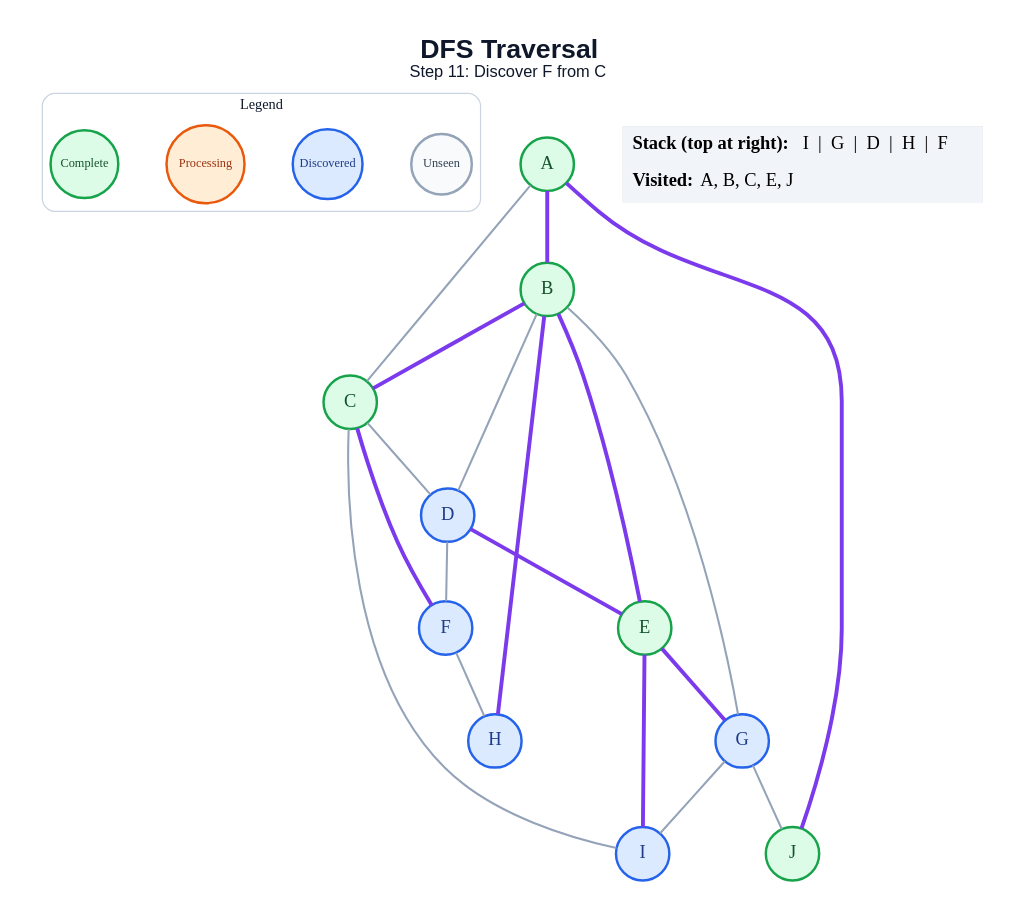
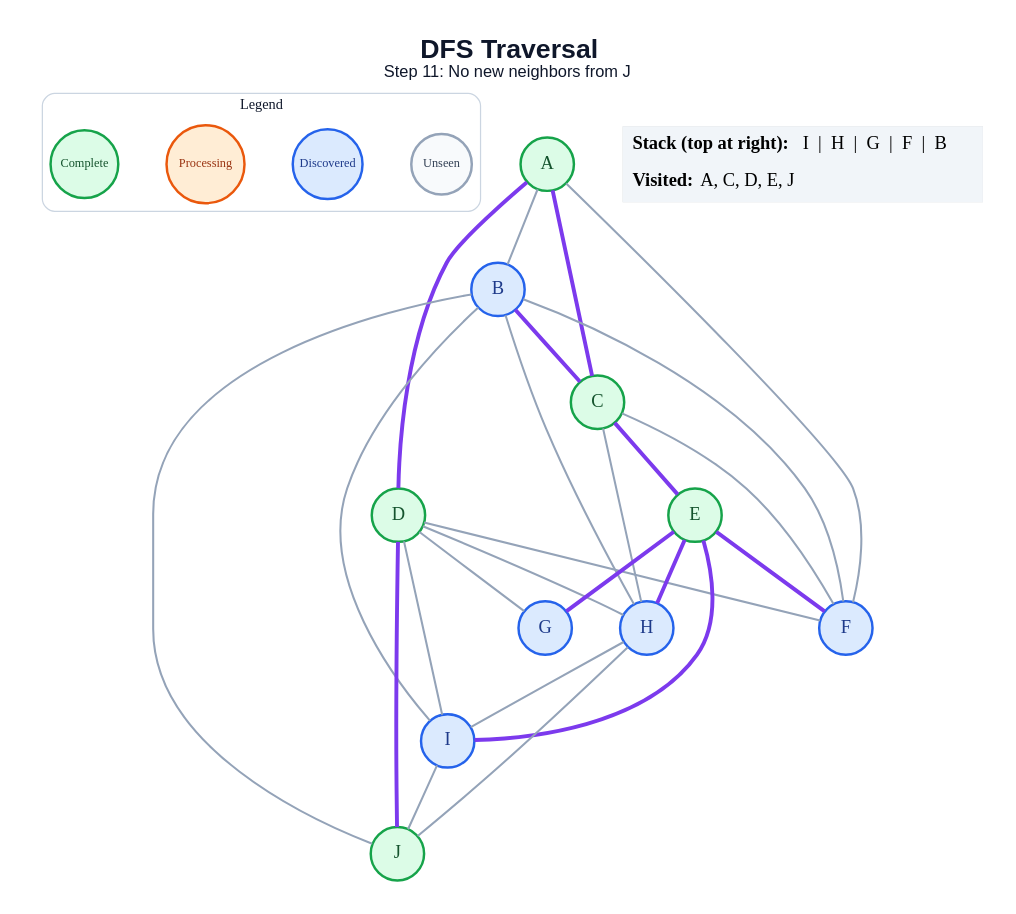
Before and after one commit to amanghodawala9/ai-slop: the diagram in generated/specific-node/dfs/step_11.dot, drawn with Graphviz. The commit also changed 178 other files, not shown here.

```diff
--- a/generated/specific-node/dfs/step_11.dot
+++ b/generated/specific-node/dfs/step_11.dot
@@ -1,47 +1,53 @@
 graph traversal {
   graph [layout=dot, rankdir=TB, bgcolor="#FFFFFF", pad="0.35", nodesep="0.65", ranksep="0.8", fontname="Arial"];
   node [shape=circle, style="filled", fontname="Arial Bold", fontsize=18, width=0.72, fixedsize=true, penwidth=2.4];
   edge [color="#94A3B8", penwidth=2.0];
-  label=<<B>DFS Traversal</B><BR/><FONT POINT-SIZE="16">Step 11: Discover F from C</FONT>>; labelloc="t"; fontsize=26; fontname="Arial"; fontcolor="#0F172A";
+  label=<<B>DFS Traversal</B><BR/><FONT POINT-SIZE="16">Step 11: No new neighbors from J</FONT>>; labelloc="t"; fontsize=26; fontname="Arial"; fontcolor="#0F172A";
   subgraph cluster_legend { label="Legend"; color="#CBD5E1"; penwidth=1.2; style="rounded"; fontsize=14; fontname="Arial Bold";
     key_unseen [label="Unseen", fillcolor="#F8FAFC", color="#94A3B8", fontcolor="#334155", fontsize=12, width=0.82];
     key_frontier [label="Discovered", fillcolor="#DBEAFE", color="#2563EB", fontcolor="#1E3A8A", fontsize=12, width=0.95];
     key_current [label="Processing", fillcolor="#FFEDD5", color="#EA580C", fontcolor="#9A3412", fontsize=12, width=1.05];
     key_done [label="Complete", fillcolor="#DCFCE7", color="#16A34A", fontcolor="#14532D", fontsize=12, width=0.92];
     { rank=same; key_unseen; key_frontier; key_current; key_done; }
   }
   A [fillcolor="#DCFCE7", color="#16A34A", fontcolor="#14532D"];
-  B [fillcolor="#DCFCE7", color="#16A34A", fontcolor="#14532D"];
+  B [fillcolor="#DBEAFE", color="#2563EB", fontcolor="#1E3A8A"];
   C [fillcolor="#DCFCE7", color="#16A34A", fontcolor="#14532D"];
-  D [fillcolor="#DBEAFE", color="#2563EB", fontcolor="#1E3A8A"];
+  D [fillcolor="#DCFCE7", color="#16A34A", fontcolor="#14532D"];
   E [fillcolor="#DCFCE7", color="#16A34A", fontcolor="#14532D"];
   F [fillcolor="#DBEAFE", color="#2563EB", fontcolor="#1E3A8A"];
   G [fillcolor="#DBEAFE", color="#2563EB", fontcolor="#1E3A8A"];
   H [fillcolor="#DBEAFE", color="#2563EB", fontcolor="#1E3A8A"];
   I [fillcolor="#DBEAFE", color="#2563EB", fontcolor="#1E3A8A"];
   J [fillcolor="#DCFCE7", color="#16A34A", fontcolor="#14532D"];
-  A -- B [color="#7C3AED", penwidth=3.8];
-  A -- C;
-  A -- J [color="#7C3AED", penwidth=3.8];
+  A -- B;
+  A -- C [color="#7C3AED", penwidth=3.8];
+  A -- D [color="#7C3AED", penwidth=3.8];
+  A -- F;
   B -- C [color="#7C3AED", penwidth=3.8];
-  B -- D;
-  B -- E [color="#7C3AED", penwidth=3.8];
-  B -- G;
-  B -- H [color="#7C3AED", penwidth=3.8];
-  C -- D;
-  C -- F [color="#7C3AED", penwidth=3.8];
-  C -- I;
-  D -- E [color="#7C3AED", penwidth=3.8];
+  B -- F;
+  B -- H;
+  B -- I;
+  B -- J;
+  C -- E [color="#7C3AED", penwidth=3.8];
+  C -- F;
+  C -- H;
   D -- F;
+  D -- G;
+  D -- H;
+  D -- I;
+  D -- J [color="#7C3AED", penwidth=3.8];
+  E -- F [color="#7C3AED", penwidth=3.8];
   E -- G [color="#7C3AED", penwidth=3.8];
+  E -- H [color="#7C3AED", penwidth=3.8];
   E -- I [color="#7C3AED", penwidth=3.8];
-  F -- H;
-  G -- I;
-  G -- J;
+  H -- I;
+  H -- J;
+  I -- J;
   status [shape=plain, fixedsize=false, width=0, height=0, margin=0, label=<
     <TABLE BORDER="0" CELLBORDER="0" CELLPADDING="7" BGCOLOR="#F1F5F9">
-      <TR><TD ALIGN="LEFT"><B>Stack (top at right):</B> I  |  G  |  D  |  H  |  F</TD></TR>
-      <TR><TD ALIGN="LEFT"><B>Visited:</B> A, B, C, E, J</TD></TR>
+      <TR><TD ALIGN="LEFT"><B>Stack (top at right):</B> I  |  H  |  G  |  F  |  B</TD></TR>
+      <TR><TD ALIGN="LEFT"><B>Visited:</B> A, C, D, E, J</TD></TR>
     </TABLE>
   >];
 }
```
